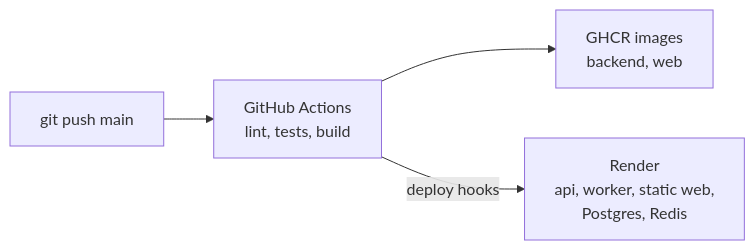
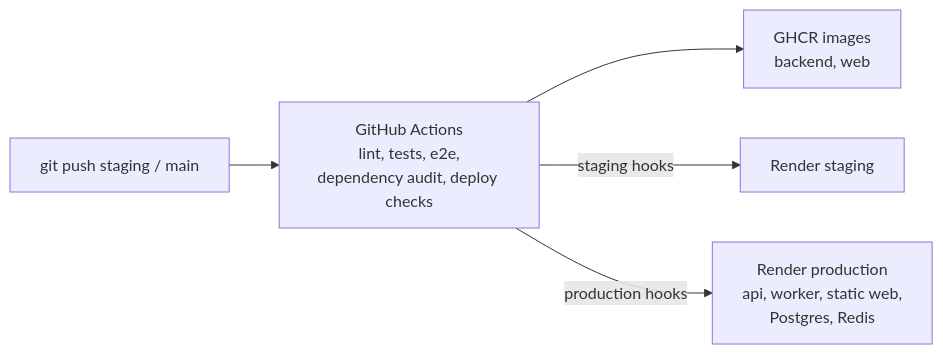
One commit to unknowndevice077/Internship changed the fifth of 5 diagrams in docs/ARCHITECTURE.md. Above: the diagram before and after it, drawn with Mermaid. The commit also changed other lines of this file and 7 other files, not shown here.

Commit message:
Add dependency audits, deploy checks, staging deploys and Dependabot to CI

````diff
--- a/docs/ARCHITECTURE.md
+++ b/docs/ARCHITECTURE.md
@@ -171,6 +181,7 @@
 ```mermaid
 flowchart LR
-    dev["git push main"] --> ci["GitHub Actions<br/>lint, tests, build"]
+    dev["git push staging / main"] --> ci["GitHub Actions<br/>lint, tests, e2e,<br/>dependency audit, deploy checks"]
     ci --> ghcr["GHCR images<br/>backend, web"]
-    ci -->|deploy hooks| render["Render<br/>api, worker, static web,<br/>Postgres, Redis"]
+    ci -->|staging hooks| staging["Render staging"]
+    ci -->|production hooks| render["Render production<br/>api, worker, static web,<br/>Postgres, Redis"]
 ```
````
